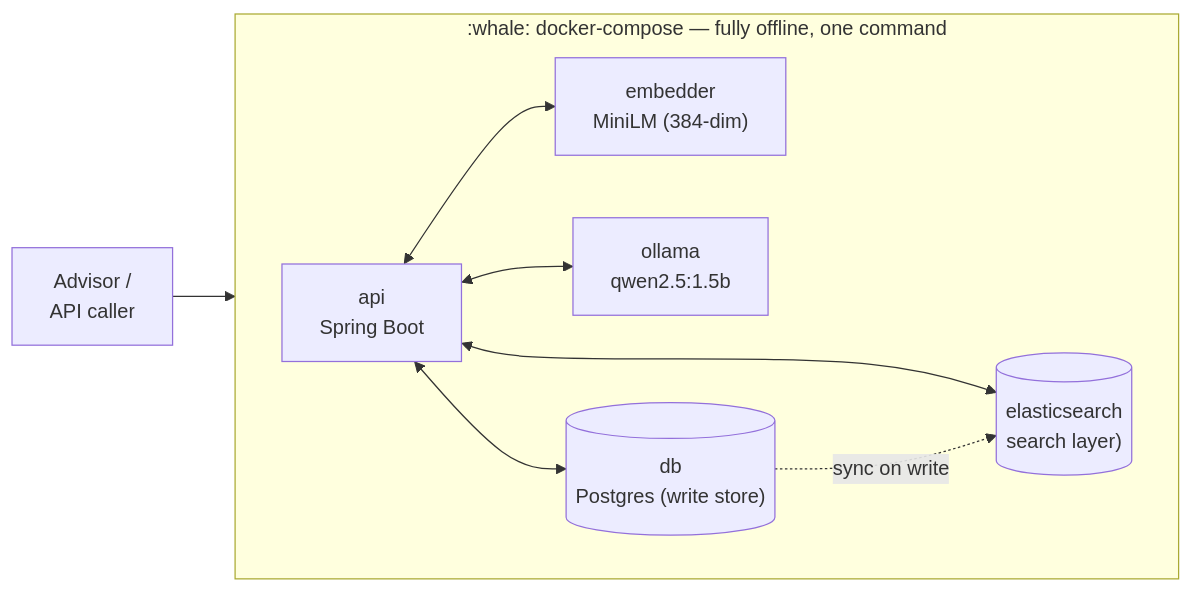
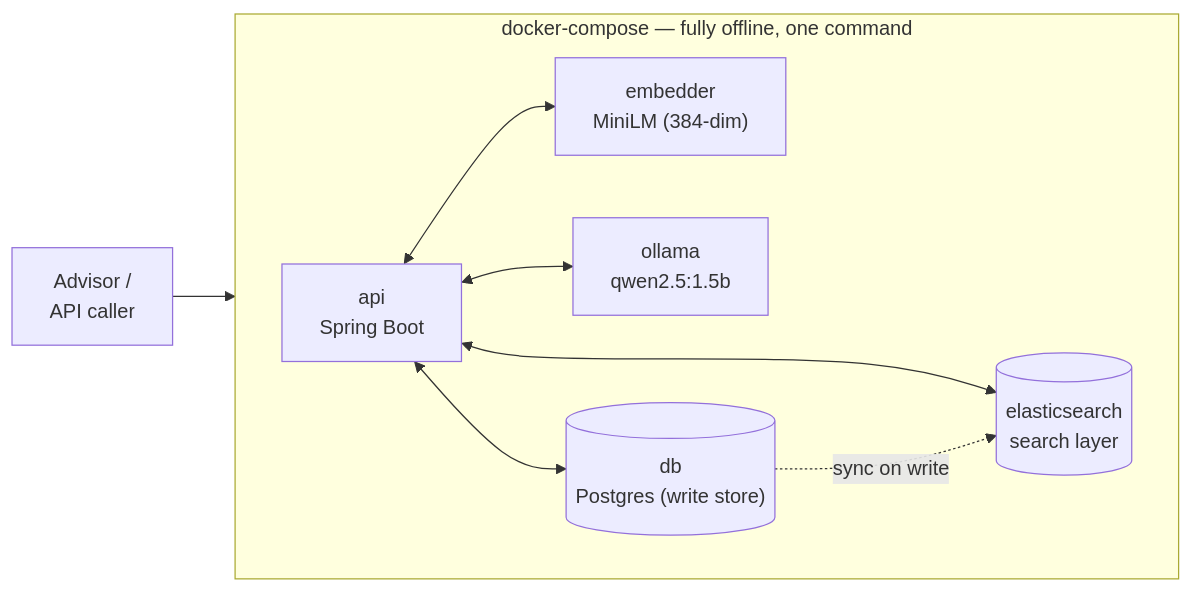
The first of 5 diagrams in DESIGN.md (jjaiswal/wealthtech-search-api), drawn with Mermaid before and after one commit. The commit also changed other lines of this file and 2 other files, not shown here.

````diff
--- a/DESIGN.md
+++ b/DESIGN.md
@@ -258,21 +192,21 @@
 ```mermaid
 flowchart LR
     Client["Advisor /<br/>API caller"]
 
-    subgraph Compose[":whale: docker-compose — fully offline, one command"]
+    subgraph Compose["docker-compose — fully offline, one command"]
         direction LR
         API["api<br/>Spring Boot"]
         EMB["embedder<br/>MiniLM (384-dim)"]
         OLL["ollama<br/>qwen2.5:1.5b"]
         DB[("db<br/>Postgres (write store)")]
-        ES[("elasticsearch<br/>search layer)")]
+        ES[("elasticsearch<br/>search layer")]
 
         API <--> EMB
         API <--> OLL
         API <--> DB
         API <--> ES
         DB -.->|"sync on write"| ES
     end
 
     Client --> API
 ```
````
